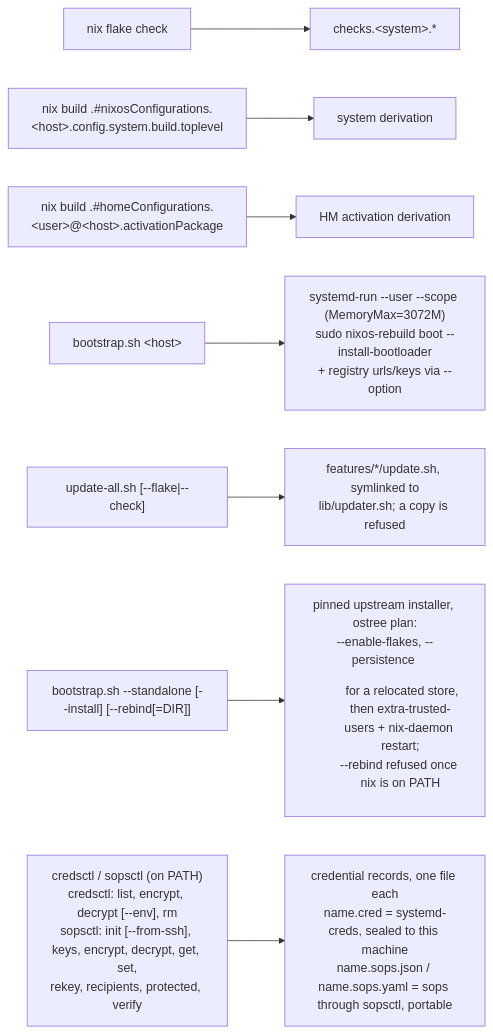
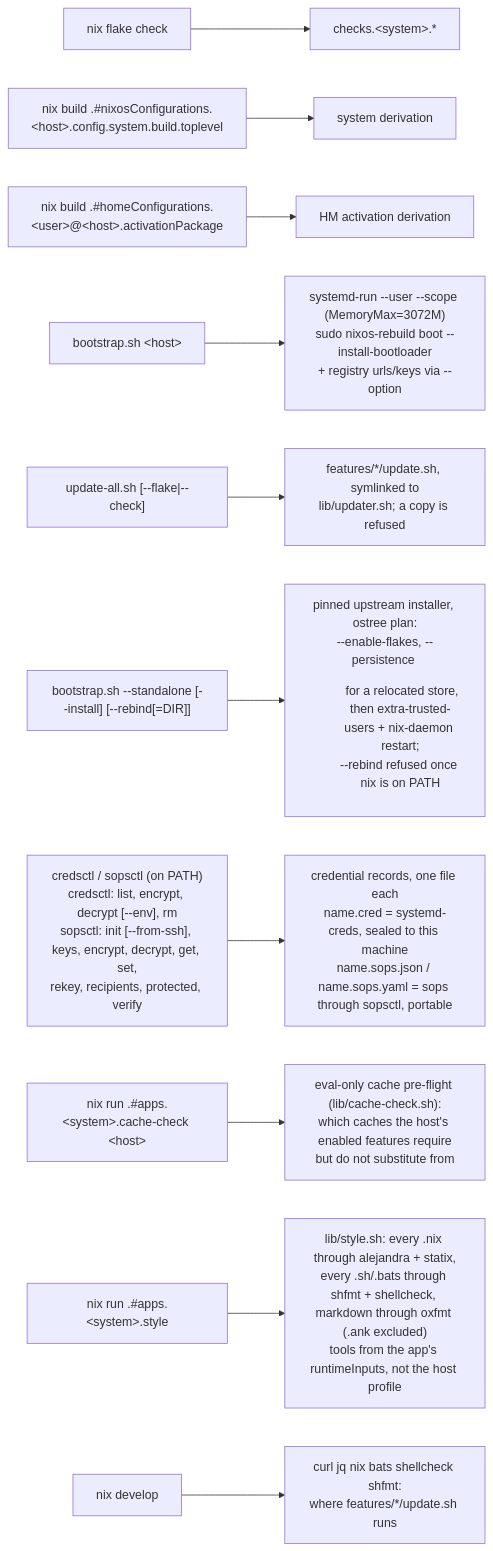
The seventh of 7 diagrams in DESIGN.md (WombatFromHell/automatic-palm-tree), drawn with Mermaid before and after one commit. The commit also changed other lines of this file and 12 other files, not shown here.

Commit message:
style formats nix, shell and markdown; oxfmt needs no config

````diff
--- a/DESIGN.md
+++ b/DESIGN.md
@@ -356,10 +356,13 @@
 ```mermaid
 flowchart LR
   E["nix flake check"] --> CK["checks.&lt;system&gt;.*"]
   E2["nix build .#nixosConfigurations.&lt;host&gt;.config.system.build.toplevel"] --> NC["system derivation"]
   E3["nix build .#homeConfigurations.&lt;user&gt;@&lt;host&gt;.activationPackage"] --> HC["HM activation derivation"]
   E4["bootstrap.sh &lt;host&gt;"] --> RB["systemd-run --user --scope (MemoryMax=3072M)<br/>sudo nixos-rebuild boot --install-bootloader<br/>+ registry urls/keys via --option"]
   E5["update-all.sh [--flake|--check]"] --> UP["features/*/update.sh, symlinked to<br/>lib/updater.sh; a copy is refused"]
   E6["bootstrap.sh --standalone [--install] [--rebind[=DIR]]"] --> IN["pinned upstream installer, ostree plan:<br/>--enable-flakes, --persistence <dir> for a relocated store,<br/>then extra-trusted-users + nix-daemon restart;<br/>--rebind refused once nix is on PATH"]
   E7["credsctl / sopsctl (on PATH)<br/>credsctl: list, encrypt, decrypt [--env], rm<br/>sopsctl: init [--from-ssh], keys, encrypt, decrypt, get, set,<br/>rekey, recipients, protected, verify"] --> CR["credential records, one file each<br/>name.cred = systemd-creds, sealed to this machine<br/>name.sops.json / name.sops.yaml = sops through sopsctl, portable"]
+  E8["nix run .#apps.&lt;system&gt;.cache-check &lt;host&gt;"] --> CF["eval-only cache pre-flight (lib/cache-check.sh):<br/>which caches the host's enabled features require<br/>but do not substitute from"]
+  E9["nix run .#apps.&lt;system&gt;.style"] --> ST["lib/style.sh: every .nix through alejandra + statix,<br/>every .sh/.bats through shfmt + shellcheck, markdown through oxfmt (.ank excluded)<br/>tools from the app's runtimeInputs, not the host profile"]
+  E10["nix develop"] --> DEV["curl jq nix bats shellcheck shfmt:<br/>where features/*/update.sh runs"]
 ```
````
